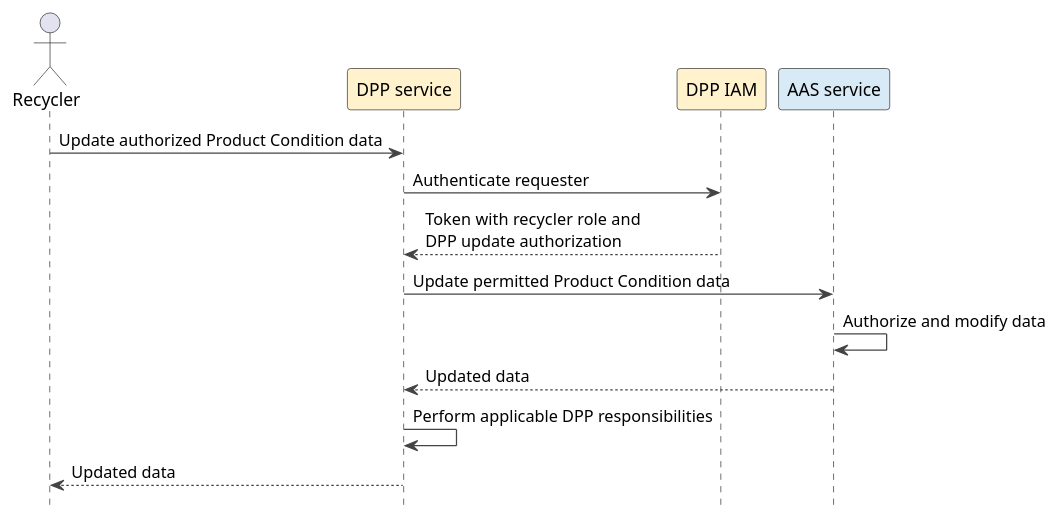
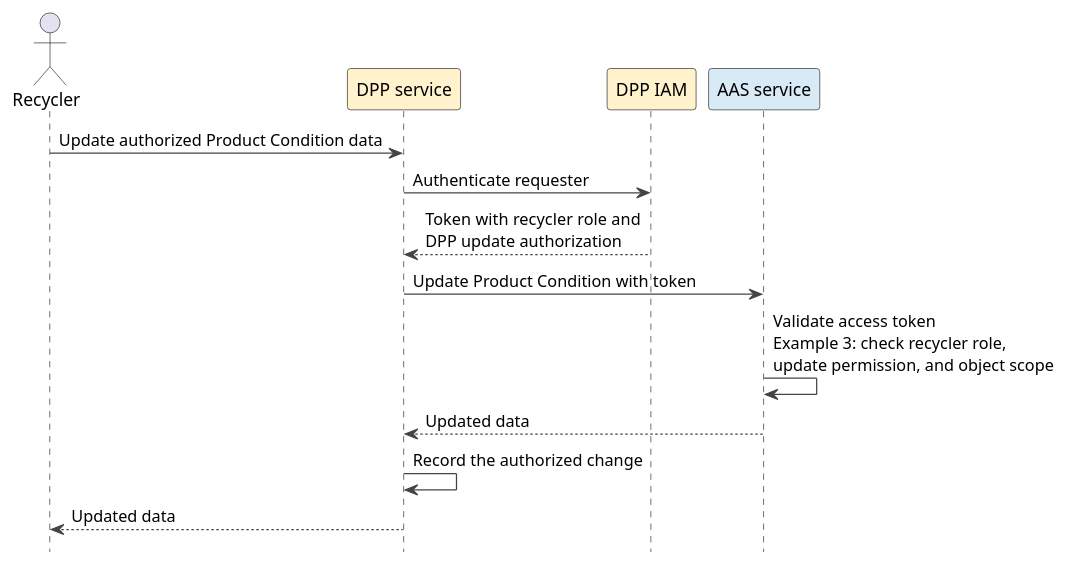
One commit to Martin187187/aas-specs-security changed the diagram in documentation/IDTA-01004/modules/ROOT/partials/diagrams/dpp-recycler-update.puml. Above: the diagram before and after it, drawn with PlantUML. The commit also changed 8 other files, not shown here.

```diff
--- a/documentation/IDTA-01004/modules/ROOT/partials/diagrams/dpp-recycler-update.puml
+++ b/documentation/IDTA-01004/modules/ROOT/partials/diagrams/dpp-recycler-update.puml
@@ -1,22 +1,22 @@
 @startuml
 ' Copyright (c) 2026 Industrial Digital Twin Association
 ' SPDX-License-Identifier: CC-BY-4.0
 
 skinparam shadowing false
 skinparam ArrowColor #444444
 hide footbox
 
 actor "Recycler" as User
 participant "DPP service" as DPP #FFF2CC
 participant "DPP IAM" as IAM #FFF2CC
 participant "AAS service" as AAS #D9EAF7
 
 User -> DPP : Update authorized Product Condition data
 DPP -> IAM : Authenticate requester
 IAM --> DPP : Token with recycler role and\nDPP update authorization
-DPP -> AAS : Update permitted Product Condition data
-AAS -> AAS : Authorize and modify data
+DPP -> AAS : Update Product Condition with token
+AAS -> AAS : Validate access token\nExample 3: check recycler role,\nupdate permission, and object scope
 AAS --> DPP : Updated data
-DPP -> DPP : Perform applicable DPP responsibilities
+DPP -> DPP : Record the authorized change
 DPP --> User : Updated data
 @enduml
```
